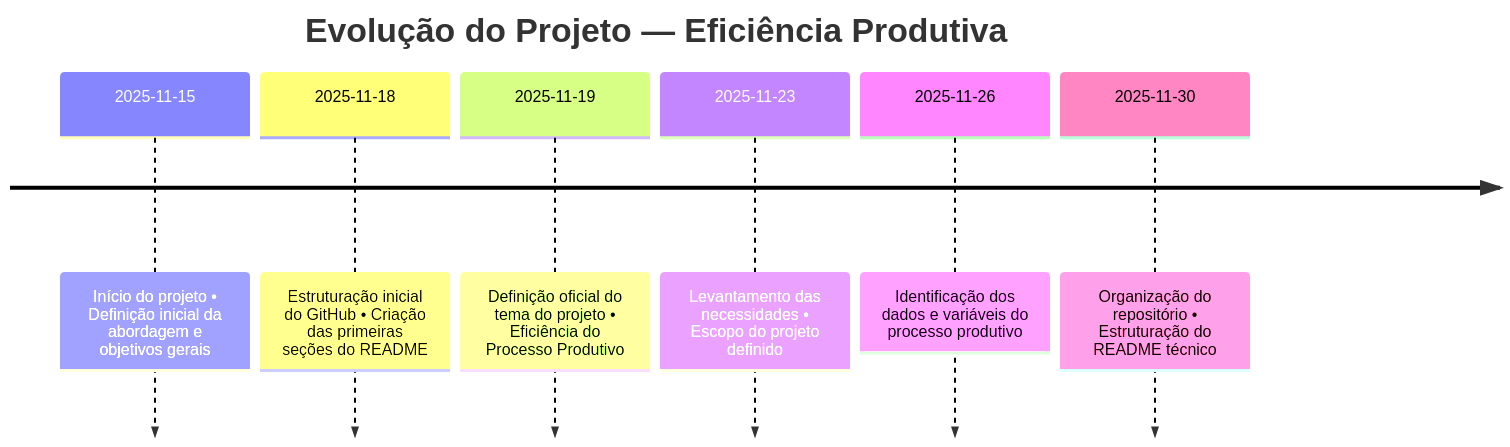
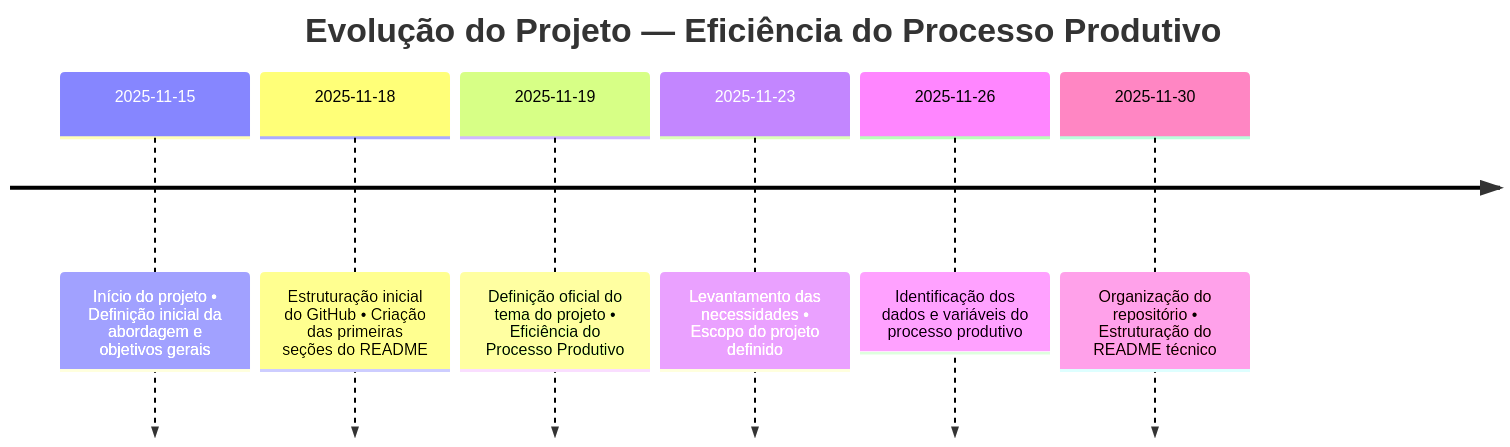
Before and after one commit to aavelarbelo/topico-eficiencia-processo-produtivo: the diagram in README.md, drawn with Mermaid.

Commit message:
Update project timeline title for clarity

````diff
--- a/README.md
+++ b/README.md
@@ -112,11 +112,11 @@
 ```mermaid
 timeline
-    title Evolução do Projeto — Eficiência Produtiva
+    title Evolução do Projeto — Eficiência do Processo Produtivo
 
     2025-11-15 : Início do projeto • Definição inicial da abordagem e objetivos gerais
     2025-11-18 : Estruturação inicial do GitHub • Criação das primeiras seções do README
     2025-11-19 : Definição oficial do tema do projeto • Eficiência do Processo Produtivo
     2025-11-23 : Levantamento das necessidades • Escopo do projeto definido
     2025-11-26 : Identificação dos dados e variáveis do processo produtivo
     2025-11-30 : Organização do repositório • Estruturação do README técnico
 ```
````
